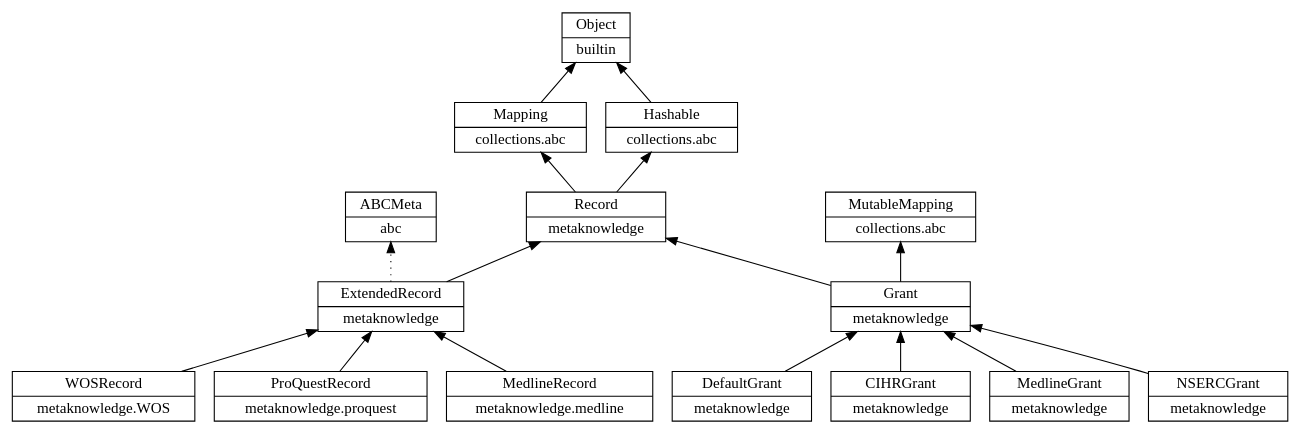
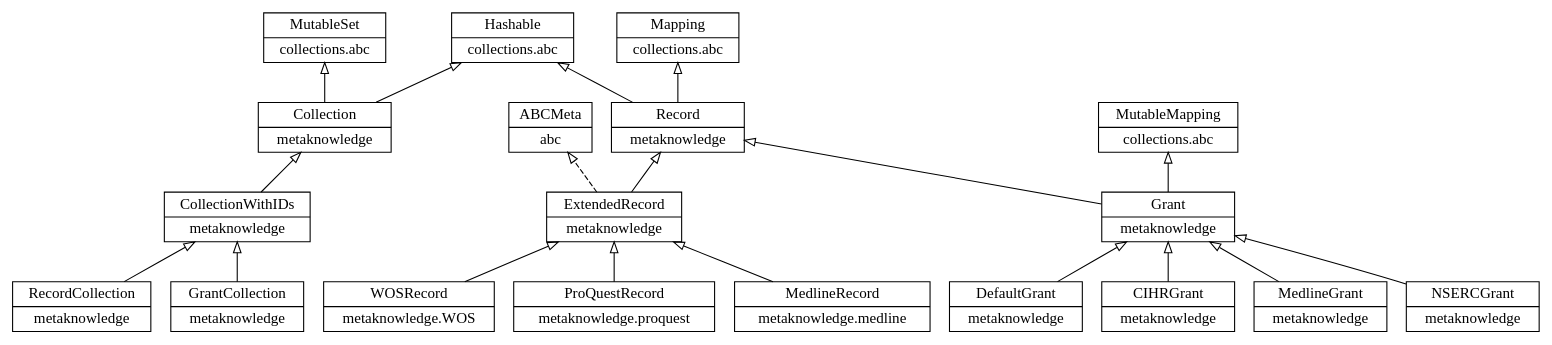
The diagram in inheritance-structure.dot (UWNETLAB/metaknowledge), drawn with Graphviz before and after one commit.

Commit message:
Updated the inheritance file

```diff
--- a/inheritance-structure.dot
+++ b/inheritance-structure.dot
@@ -1,43 +1,66 @@
 /*
-Class diagram for metaknowledge
+Class diagrams for metaknowledge
 */
+
 digraph Records {
-    charset="utf-8"
-    rankdir=BT
-    Object [shape=record, label="{Object|builtin}"];
-    Mapping [shape=record, label="{Mapping|collections.abc}"]
-    Hashable [shape=record, label="{Hashable|collections.abc}"]
-    ABCMeta [shape=record, label="{ABCMeta|abc}"];
-    MutableMapping [shape=record, label="{MutableMapping|collections.abc}"]
+    charset="utf-8";
+    rankdir=BT;
+    node [shape=record, fontname="Source Code Pro"];
+    edge [arrowhead=empty, arrowsize=1];
+    /*
+    Object [label="{Object|builtin}"];
+    */
+    Mapping [label="{Mapping|collections.abc}"]
+    Hashable [label="{Hashable|collections.abc}"]
+    ABCMeta [label="{ABCMeta|abc}"];
+    MutableMapping [label="{MutableMapping|collections.abc}"]
 
-    Record [shape=record, label="{Record|metaknowledge}"];
-    ExtendedRecord [shape=record, label="{ExtendedRecord|metaknowledge}"];
-    Grant [shape=record, label="{Grant|metaknowledge}"];
+    Record [label="{Record|metaknowledge}"];
+    ExtendedRecord [label="{ExtendedRecord|metaknowledge}"];
+    Grant [label="{Grant|metaknowledge}"];
 
-    DefaultGrant [shape=record, label="{DefaultGrant|metaknowledge}"];
-    CIHRGrant [shape=record, label="{CIHRGrant|metaknowledge}"];
-    MedlineGrant [shape=record, label="{MedlineGrant|metaknowledge}"];
-    NSERCGrant [shape=record, label="{NSERCGrant|metaknowledge}"];
+    DefaultGrant [label="{DefaultGrant|metaknowledge}"];
+    CIHRGrant [label="{CIHRGrant|metaknowledge}"];
+    MedlineGrant [label="{MedlineGrant|metaknowledge}"];
+    NSERCGrant [label="{NSERCGrant|metaknowledge}"];
 
-    WOSRecord [shape=record, label="{WOSRecord|metaknowledge.WOS}"];
-    ProQuestRecord [shape=record, label="{ProQuestRecord|metaknowledge.proquest}"];
-    MedlineRecord [shape=record, label="{MedlineRecord|metaknowledge.medline}"];
+    WOSRecord [label="{WOSRecord|metaknowledge.WOS}"];
+    ProQuestRecord [label="{ProQuestRecord|metaknowledge.proquest}"];
+    MedlineRecord [label="{MedlineRecord|metaknowledge.medline}"];
 
+    MutableSet [label="{MutableSet|collections.abc}"];
+    Collection [label="{Collection|metaknowledge}"];
+    CollectionWithIDs [label="{CollectionWithIDs|metaknowledge}"];
+    RecordCollection [label="{RecordCollection|metaknowledge}"];
+    GrantCollection [label="{GrantCollection|metaknowledge}"];
+
+    /*
     Mapping -> Object;
     Hashable -> Object;
+    */
+
     Record -> Hashable;
     Record -> Mapping;
+
+    Collection -> MutableSet;
+    Collection -> Hashable;
+
     Grant -> Record;
     Grant -> MutableMapping;
+
     DefaultGrant -> Grant;
     CIHRGrant -> Grant;
     MedlineGrant -> Grant;
     NSERCGrant -> Grant;
-    ExtendedRecord -> ABCMeta [style=dotted];
+
+    ExtendedRecord -> ABCMeta [style=dashed];
     ExtendedRecord -> Record;
     WOSRecord -> ExtendedRecord;
     ProQuestRecord -> ExtendedRecord;
     MedlineRecord -> ExtendedRecord;
 
+    CollectionWithIDs -> Collection;
+    RecordCollection -> CollectionWithIDs;
+    GrantCollection -> CollectionWithIDs;
 
 }
```
